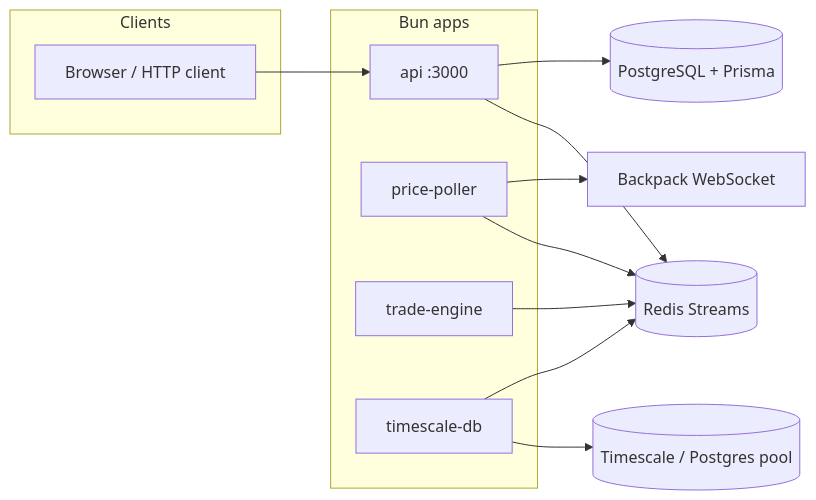
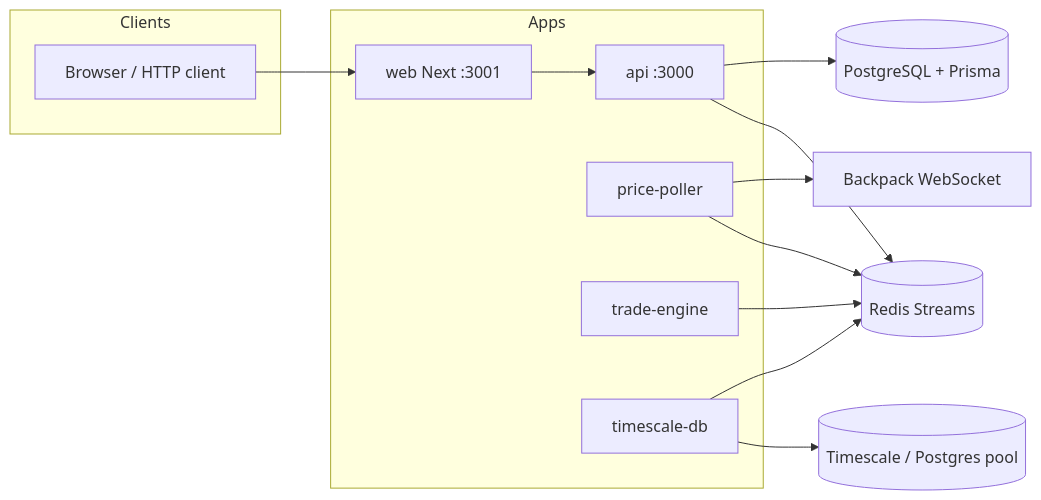
The diagram in PROJECT_INFO.md (vinaybadgujar102/exness-clone-mono), drawn with Mermaid before and after one commit. The commit also changed other lines of this file and 26 other files, not shown here.

First line of the commit message:
Add Next.js web app with Exness-style UI, webtrading charts, and auth hardening

````diff
--- a/PROJECT_INFO.md
+++ b/PROJECT_INFO.md
@@ -33,26 +33,28 @@
 ```mermaid
 flowchart LR
   subgraph clients [Clients]
     Browser[Browser / HTTP client]
   end
 
-  subgraph apps [Bun apps]
+  subgraph apps [Apps]
+    WEB[web Next :3001]
     API[api :3000]
     PE[price-poller]
     TE[trade-engine]
     TS[timescale-db]
   end
 
   Redis[(Redis Streams)]
   PG[(PostgreSQL + Prisma)]
   Backpack[Backpack WebSocket]
 
-  Browser --> API
+  Browser --> WEB
+  WEB --> API
   API --> PG
   API --> Redis
   PE --> Backpack
   PE --> Redis
   TE --> Redis
   TS --> Redis
   TS --> TSDB[(Timescale / Postgres pool)]
 ```
````
